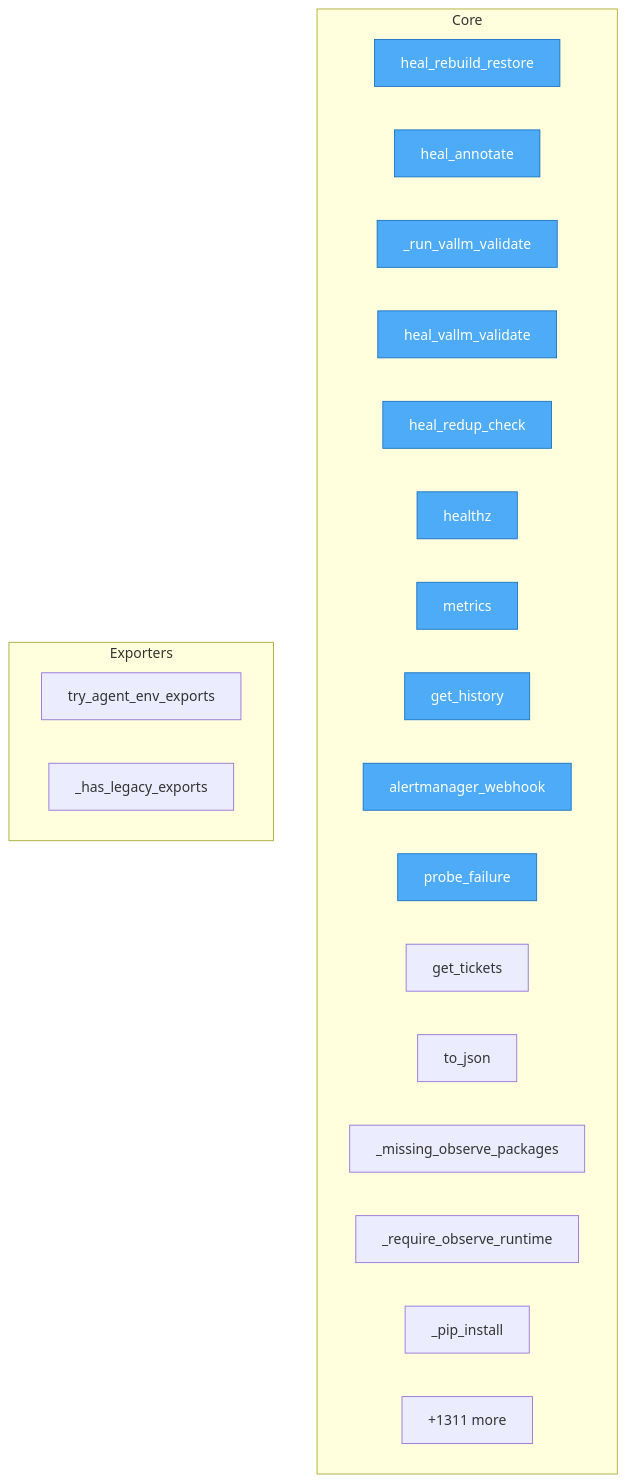
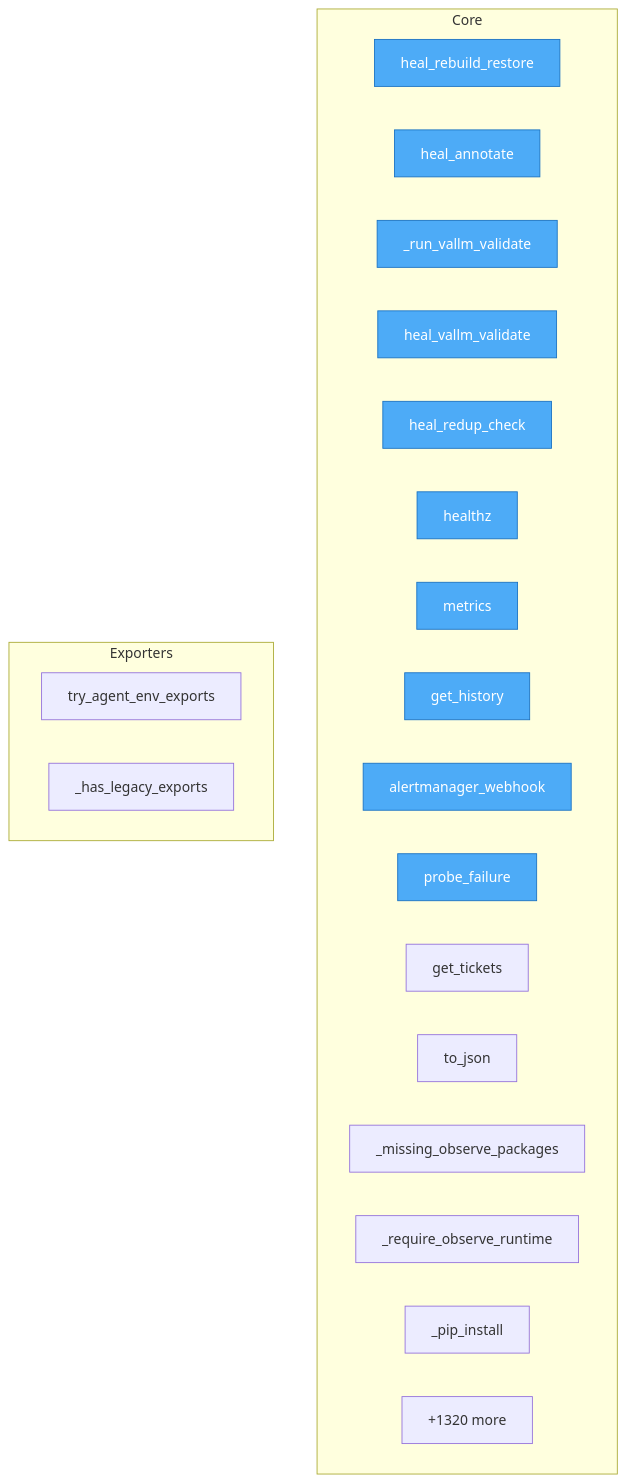
One commit to semcod/koru changed the diagram in project/flow.mmd. Above: the diagram before and after it, drawn with Mermaid. The commit also changed 47 other files, not shown here.

```diff
--- a/project/flow.mmd
+++ b/project/flow.mmd
@@ -1,31 +1,31 @@
 flowchart TD
-%% generated in 0.14s
+%% generated in 0.13s
 
     %% Entry points (blue)
     classDef entry fill:#4dabf7,stroke:#1971c2,color:#fff
 
     subgraph Core
         services__healing_webhook__app__heal_rebuild_restore["heal_rebuild_restore"]
         services__healing_webhook__app__heal_annotate["heal_annotate"]
         services__healing_webhook__app___run_vallm_validate["_run_vallm_validate"]
         services__healing_webhook__app__heal_vallm_validate["heal_vallm_validate"]
         services__healing_webhook__app__heal_redup_check["heal_redup_check"]
         services__healing_webhook__app__healthz["healthz"]
         services__healing_webhook__app__metrics["metrics"]
         services__healing_webhook__app__get_history["get_history"]
         services__healing_webhook__app__alertmanager_webhook["alertmanager_webhook"]
         services__healing_webhook__app__probe_failure["probe_failure"]
         services__healing_webhook__app__get_tickets["get_tickets"]
         src__koruobserve__lifecycle__ObserveProcesses__to_json["to_json"]
         src__koruobserve__cli___missing_observe_packages["_missing_observe_packages"]
         src__koruobserve__cli___require_observe_runtime["_require_observe_runtime"]
         src__koruobserve__cli___pip_install["_pip_install"]
-        ...["+1311 more"]
+        ...["+1320 more"]
     end
 
     subgraph Exporters
         src__koru__agent_cli_helpers__try_agent_env_exports["try_agent_env_exports"]
         src__koru__cli___has_legacy_exports["_has_legacy_exports"]
     end
 
     class services__healing_webhook__app__heal_rebuild_restore,services__healing_webhook__app__heal_annotate,services__healing_webhook__app___run_vallm_validate,services__healing_webhook__app__heal_vallm_validate,services__healing_webhook__app__heal_redup_check,services__healing_webhook__app__healthz,services__healing_webhook__app__metrics,services__healing_webhook__app__get_history,services__healing_webhook__app__alertmanager_webhook,services__healing_webhook__app__probe_failure entry
```
